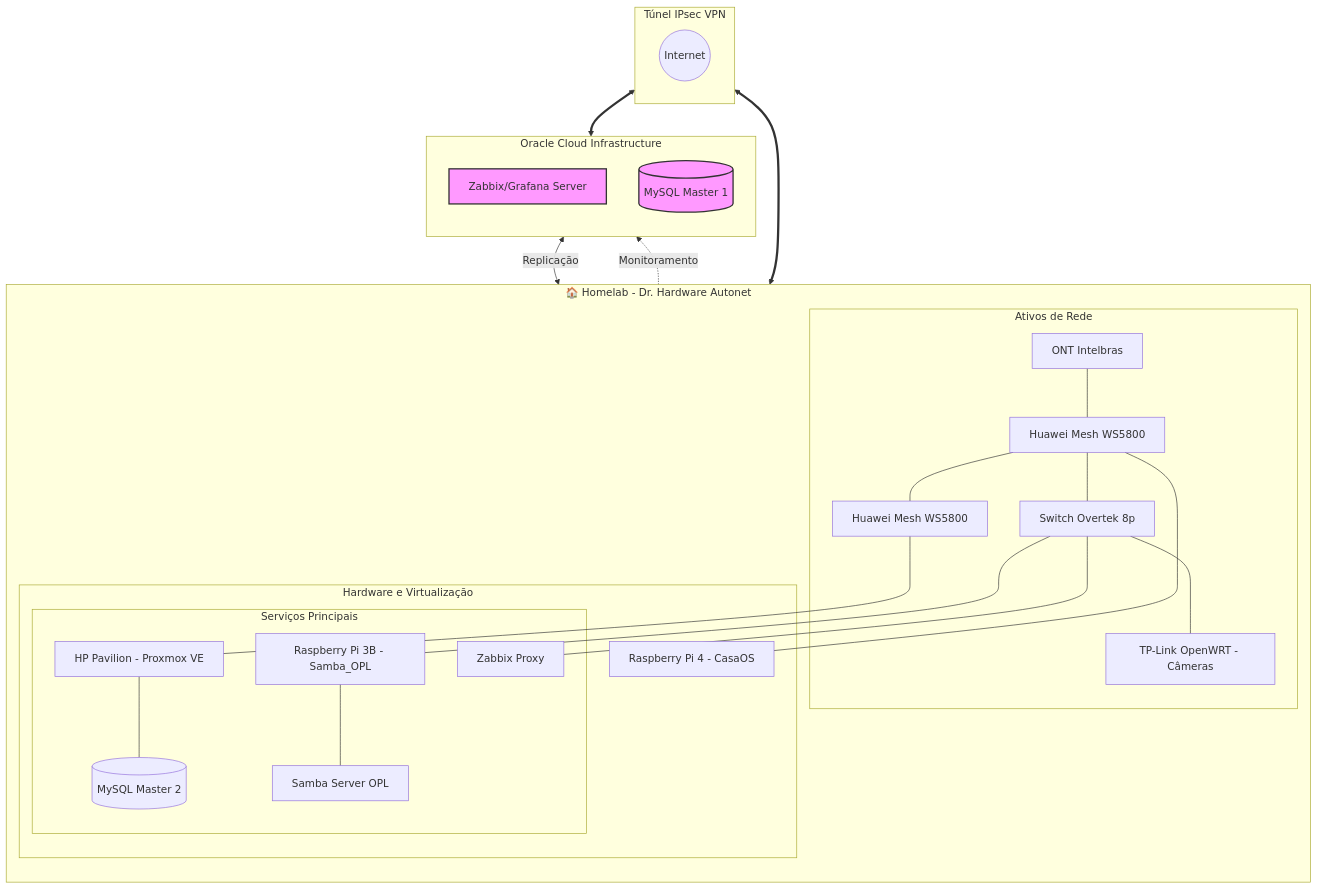
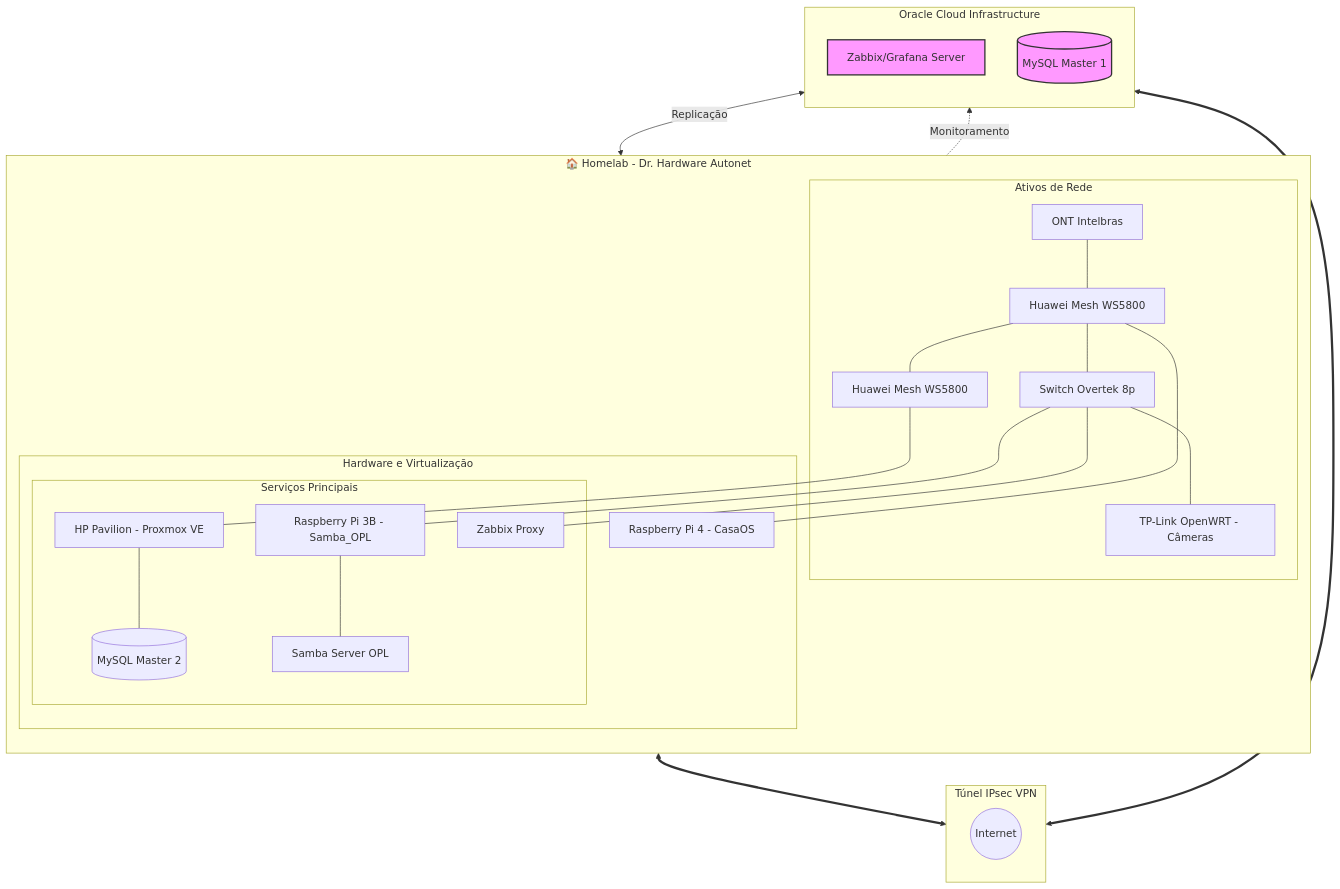
The diagram in Infraestructure/README.md (kevindexter22/Dr-Hardware-Autonet), drawn with Mermaid before and after one commit.

````diff
--- a/Infraestructure/README.md
+++ b/Infraestructure/README.md
@@ -13,48 +13,47 @@
 ```mermaid
 graph TD
     %% Definição de Estilos
     classDef cloud fill:#f9f,stroke:#333,stroke-width:2px;
     classDef local fill:#bbf,stroke:#333,stroke-width:2px;
     classDef hardware fill:#dfd,stroke:#333,stroke-width:1px;
 
 subgraph Home [🏠 Homelab - Dr. Hardware Autonet]
         direction TB
         
         subgraph Net [Ativos de Rede]
             ONT[ONT Intelbras] --- R1[Huawei Mesh WS5800]
             R1 --- R2[Huawei Mesh WS5800]
             R1 --- SW1[Switch Overtek 8p]
             SW1 --- R3[TP-Link OpenWRT - Câmeras]
         end
 
         subgraph Compute [Hardware e Virtualização]
             R1 --- RPi4[Raspberry Pi 4 - CasaOS]
             R2 --- HP[HP Pavilion - Proxmox VE]
             SW1 --- RPi3[Raspberry Pi 3B - Samba_OPL]
             
             subgraph Services [Serviços Principais]
                 SW1 --- ZP[Zabbix Proxy]
                 HP --- M2[(MySQL Master 2)]
                 RPi3 --- Samba[Samba Server OPL]
             end
         end
     end
+    
+      subgraph VPN [Túnel IPsec VPN]
+        direction LR
+        Tunnel((Internet))
+    end
 
     subgraph OCI [Oracle Cloud Infrastructure]
         direction TB
         ZS[Zabbix/Grafana Server]:::cloud
         M1[(MySQL Master 1)]:::cloud
     end
-
-    subgraph VPN [Túnel IPsec VPN]
-        direction LR
-        Tunnel((Internet))
-    end
   
-
     %% Conexões Lógicas
     M1 <--> |Replicação| M2
     ZP -.-> |Monitoramento| ZS
     R1 <==> VPN <==> OCI
 
 ```
````
